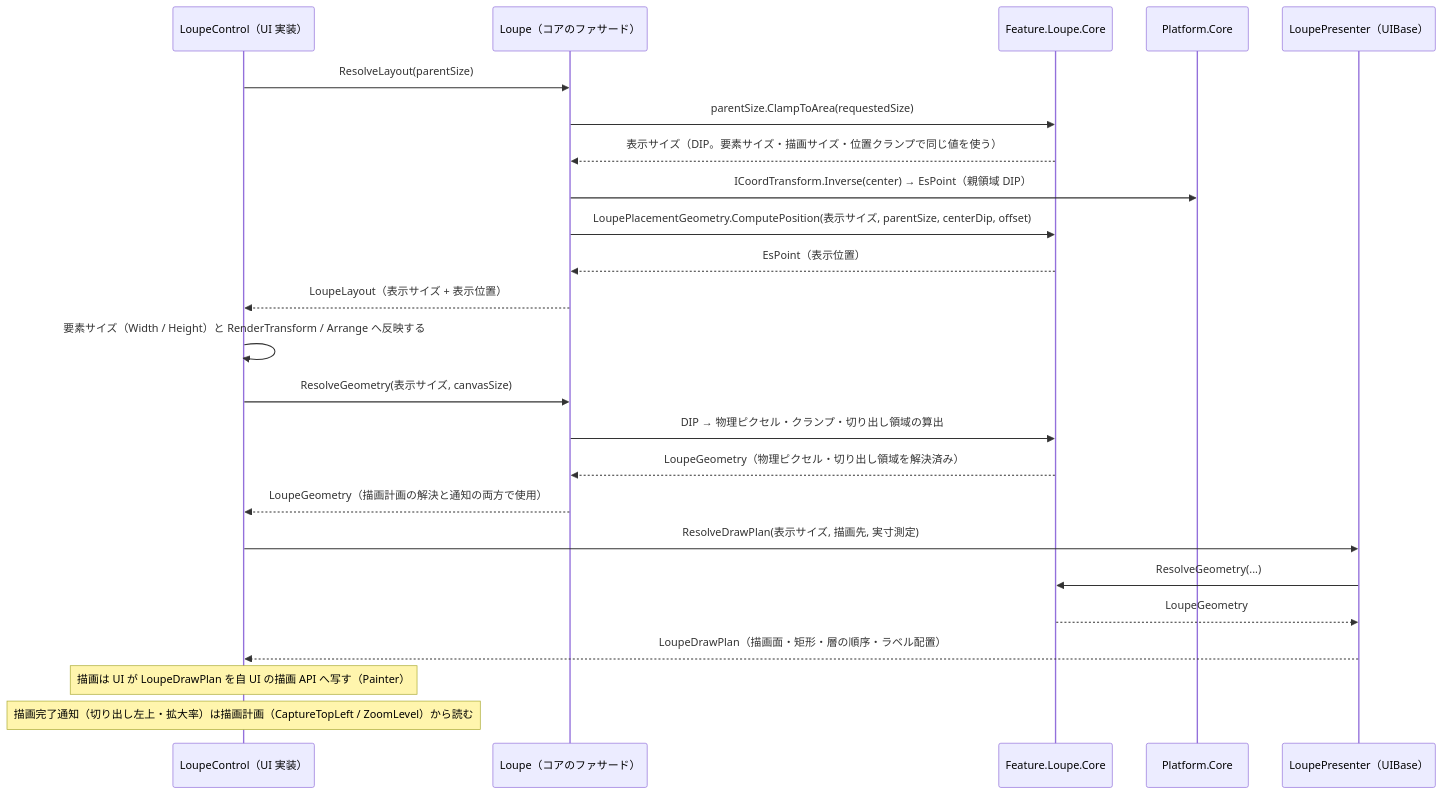
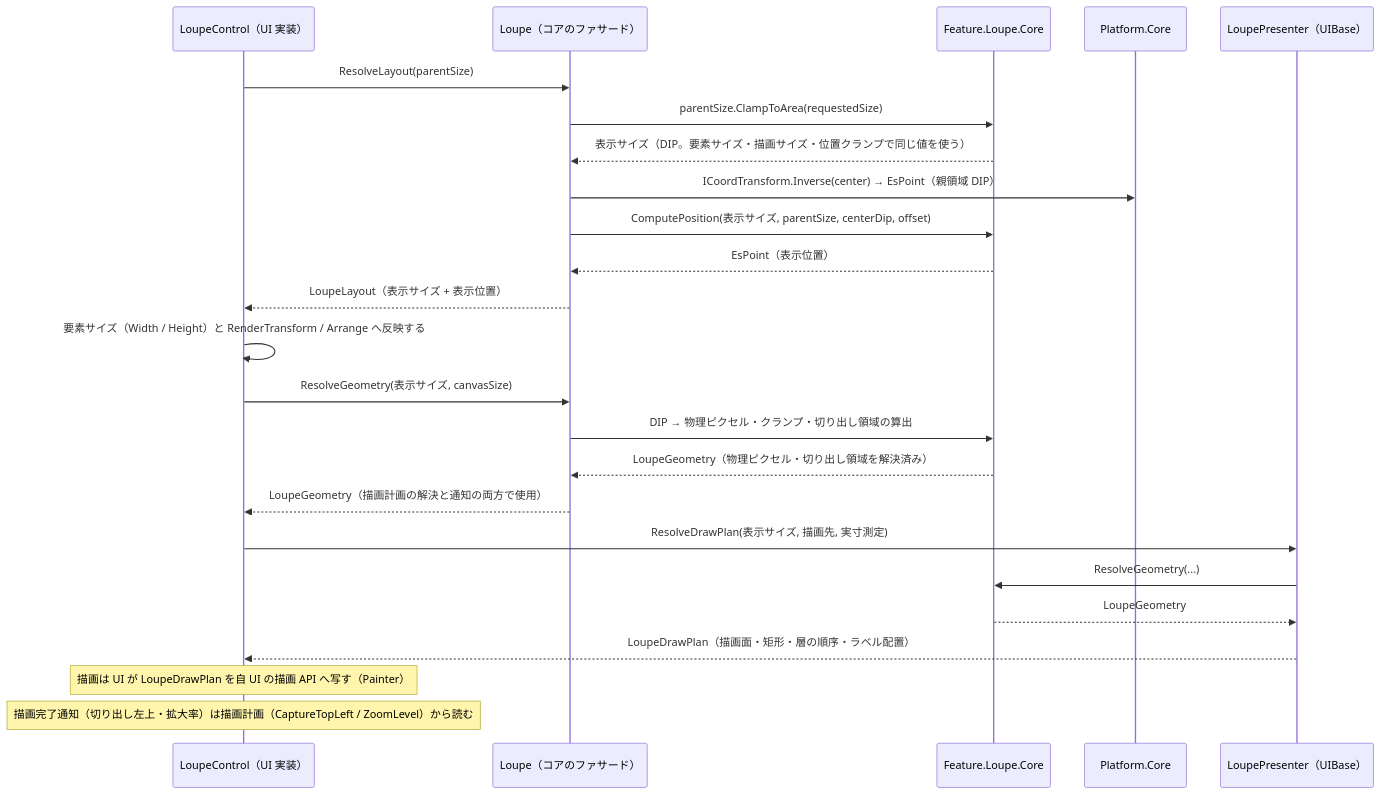
The second of 2 diagrams in src/Feature.Loupe.Core/SPEC_System.md (tomokuni/SaveEvidence), drawn with Mermaid before and after one commit. The commit also changed other lines of this file and 7 other files, not shown here.

````diff
--- a/src/Feature.Loupe.Core/SPEC_System.md
+++ b/src/Feature.Loupe.Core/SPEC_System.md
@@ -49,30 +49,30 @@
 ```mermaid
 sequenceDiagram
   participant UI as LoupeControl（UI 実装）
   participant Fac as Loupe（コアのファサード）
   participant Core as Feature.Loupe.Core
   participant PC as Platform.Core
   participant P as LoupePresenter（UIBase）
 
   UI->>Fac: ResolveLayout(parentSize)
   Fac->>Core: parentSize.ClampToArea(requestedSize)
   Core-->>Fac: 表示サイズ（DIP。要素サイズ・描画サイズ・位置クランプで同じ値を使う）
   Fac->>PC: ICoordTransform.Inverse(center) → EsPoint（親領域 DIP）
-  Fac->>Core: LoupePlacementGeometry.ComputePosition(表示サイズ, parentSize, centerDip, offset)
+  Fac->>Core: ComputePosition(表示サイズ, parentSize, centerDip, offset)
   Core-->>Fac: EsPoint（表示位置）
   Fac-->>UI: LoupeLayout（表示サイズ + 表示位置）
   UI->>UI: 要素サイズ（Width / Height）と RenderTransform / Arrange へ反映する
 
   UI->>Fac: ResolveGeometry(表示サイズ, canvasSize)
   Fac->>Core: DIP → 物理ピクセル・クランプ・切り出し領域の算出
   Core-->>Fac: LoupeGeometry（物理ピクセル・切り出し領域を解決済み）
   Fac-->>UI: LoupeGeometry（描画計画の解決と通知の両方で使用）
 
   UI->>P: ResolveDrawPlan(表示サイズ, 描画先, 実寸測定)
   P->>Core: ResolveGeometry(...)
   Core-->>P: LoupeGeometry
   P-->>UI: LoupeDrawPlan（描画面・矩形・層の順序・ラベル配置）
 
   Note over UI: 描画は UI が LoupeDrawPlan を自 UI の描画 API へ写す（Painter）
   Note over UI: 描画完了通知（切り出し左上・拡大率）は描画計画（CaptureTopLeft / ZoomLevel）から読む
 ```
````
